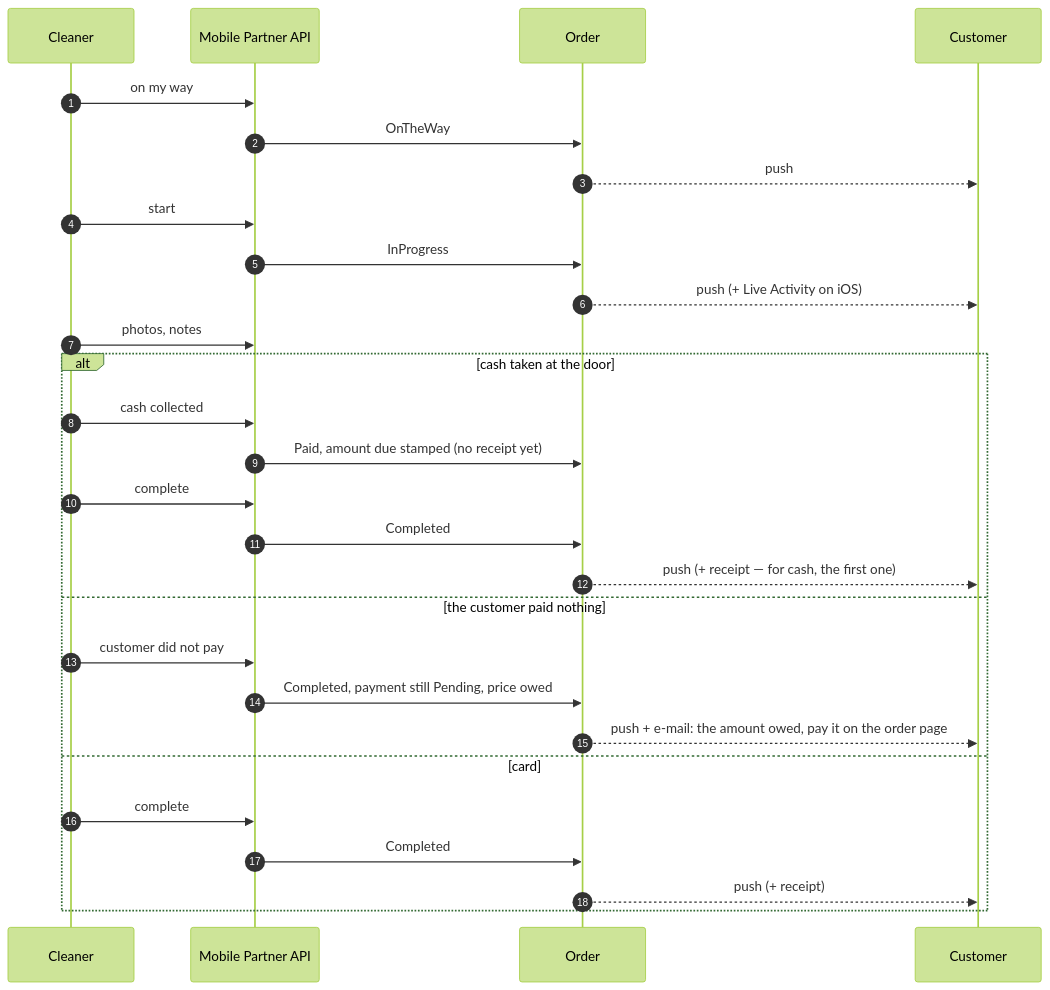
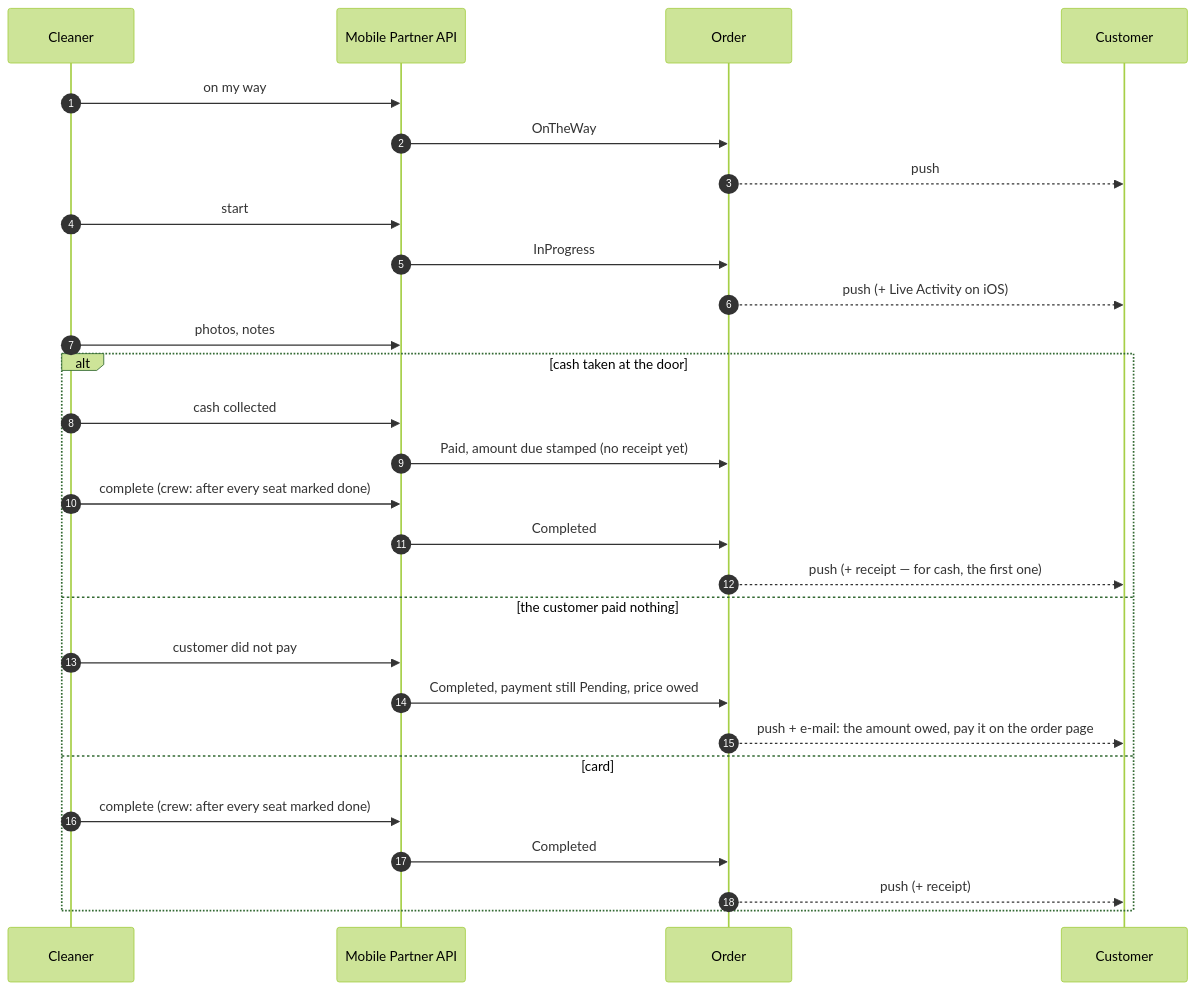
Before and after one commit to VM-s-Solutions/cleansia: the first of 2 diagrams in docs/flows/execution-and-completion.md, drawn with Mermaid (forest theme). The commit also changed other lines of this file and 31 other files, not shown here.

````diff
--- a/docs/flows/execution-and-completion.md
+++ b/docs/flows/execution-and-completion.md
@@ -7,31 +7,31 @@
 ```mermaid
 sequenceDiagram
   autonumber
   participant C as Cleaner
   participant API as Mobile Partner API
   participant O as Order
   participant N as Customer
 
   C->>API: on my way
   API->>O: OnTheWay
   O-->>N: push
   C->>API: start
   API->>O: InProgress
   O-->>N: push (+ Live Activity on iOS)
   C->>API: photos, notes
   alt cash taken at the door
     C->>API: cash collected
     API->>O: Paid, amount due stamped (no receipt yet)
-    C->>API: complete
+    C->>API: complete (crew: after every seat marked done)
     API->>O: Completed
     O-->>N: push (+ receipt — for cash, the first one)
   else the customer paid nothing
     C->>API: customer did not pay
     API->>O: Completed, payment still Pending, price owed
     O-->>N: push + e-mail: the amount owed, pay it on the order page
   else card
-    C->>API: complete
+    C->>API: complete (crew: after every seat marked done)
     API->>O: Completed
     O-->>N: push (+ receipt)
   end
 ```
````
